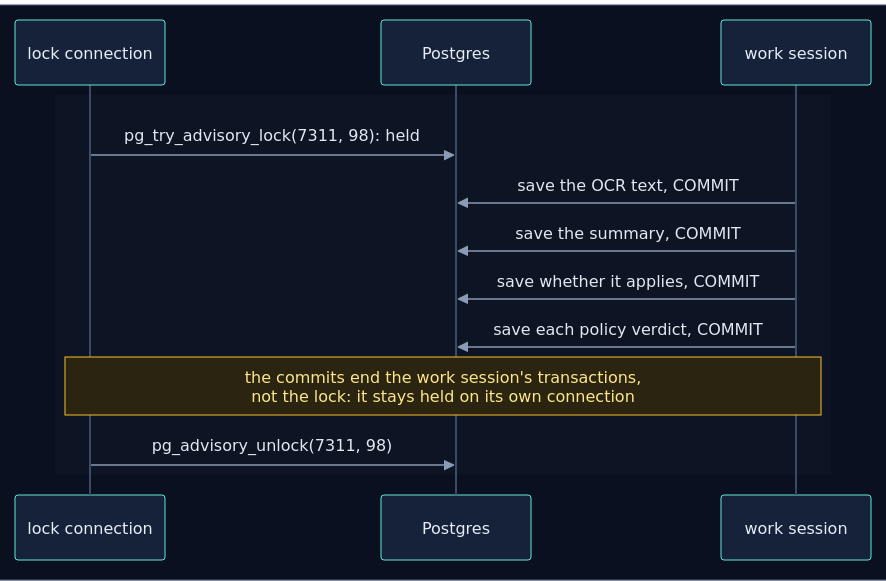
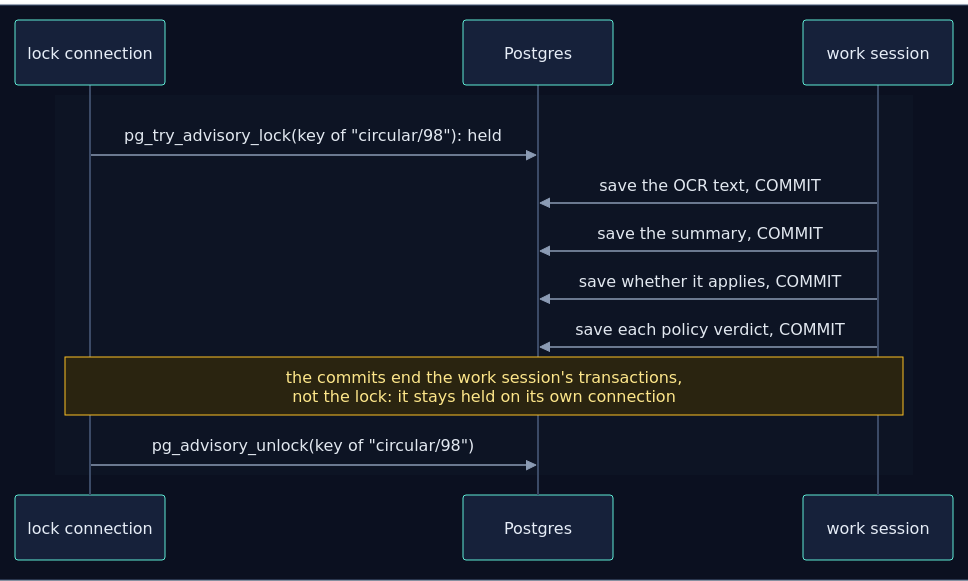
Before and after one commit to selvakumarperumal/Regulatory_Circular_Impact_Agent: the ninth of 27 diagrams in how_it_works.md, drawn with Mermaid. The commit also changed other lines of this file and 4 other files, not shown here.

Commit message:
Scope advisory locks by schema

````diff
--- a/how_it_works.md
+++ b/how_it_works.md
@@ -518,19 +525,19 @@
 ```mermaid
 %%{init: {"theme": "base", "sequence": {"diagramMarginX": 0, "diagramMarginY": 0}, "themeVariables": {"darkMode": true, "primaryColor": "#16213a", "primaryTextColor": "#e6edf7", "primaryBorderColor": "#475a7a", "lineColor": "#8b9bb4", "secondaryColor": "#1b2436", "tertiaryColor": "#101a2e", "edgeLabelBackground": "#0f172a", "textColor": "#e2e8f0", "actorBkg": "#16213a", "actorBorder": "#5eead4", "actorTextColor": "#e6edf7", "actorLineColor": "#3b4a66", "signalColor": "#8b9bb4", "signalTextColor": "#e2e8f0", "noteBkgColor": "#2a2410", "noteBorderColor": "#fbbf24", "noteTextColor": "#fde68a", "labelBoxBkgColor": "#1e293b", "labelBoxBorderColor": "#64748b", "labelTextColor": "#e2e8f0", "loopTextColor": "#c4b5fd", "sequenceNumberColor": "#0b1020", "activationBkgColor": "#1e293b"}}}%%
 sequenceDiagram
     box rgb(11, 16, 32)
         participant L as lock connection
         participant PG as Postgres
         participant S as work session
     end
 
     rect rgb(13, 20, 36)
-        L->>PG: pg_try_advisory_lock(7311, 98): held
+        L->>PG: pg_try_advisory_lock(key of "circular/98"): held
         S->>PG: save the OCR text, COMMIT
         S->>PG: save the summary, COMMIT
         S->>PG: save whether it applies, COMMIT
         S->>PG: save each policy verdict, COMMIT
         Note over L,S: the commits end the work session's transactions,<br/>not the lock: it stays held on its own connection
-        L->>PG: pg_advisory_unlock(7311, 98)
+        L->>PG: pg_advisory_unlock(key of "circular/98")
     end
 ```
````
